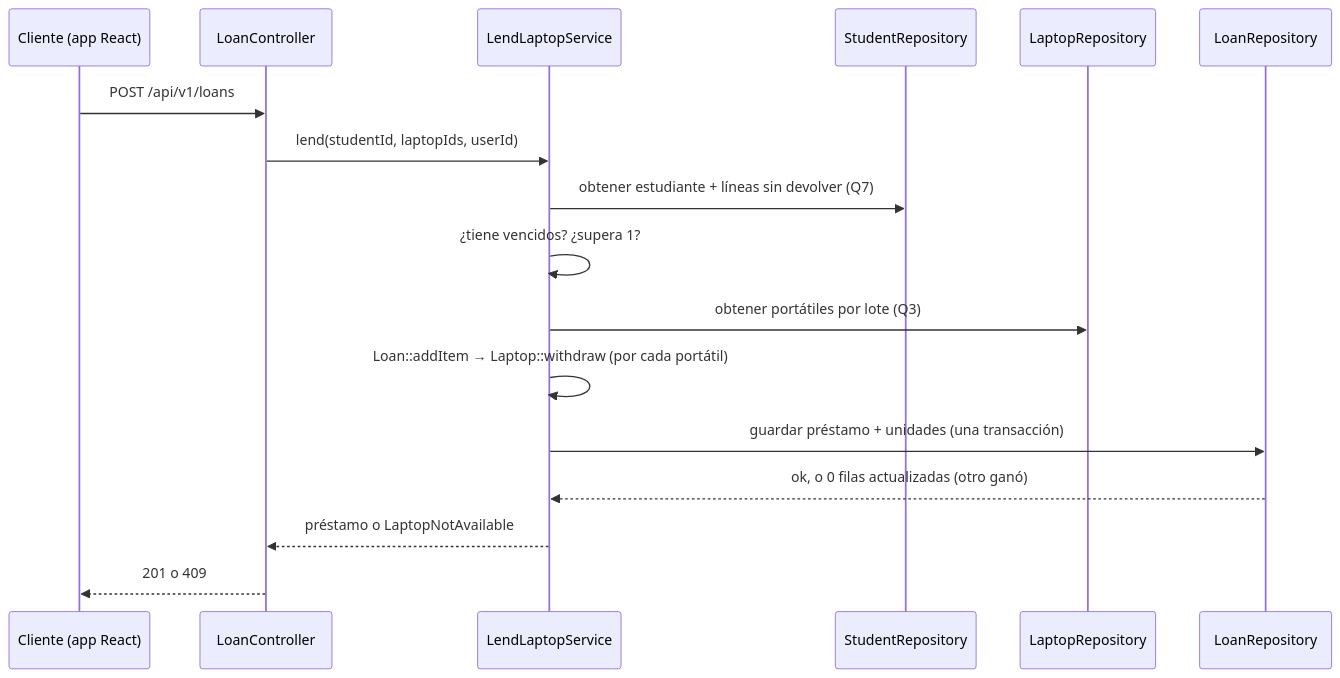
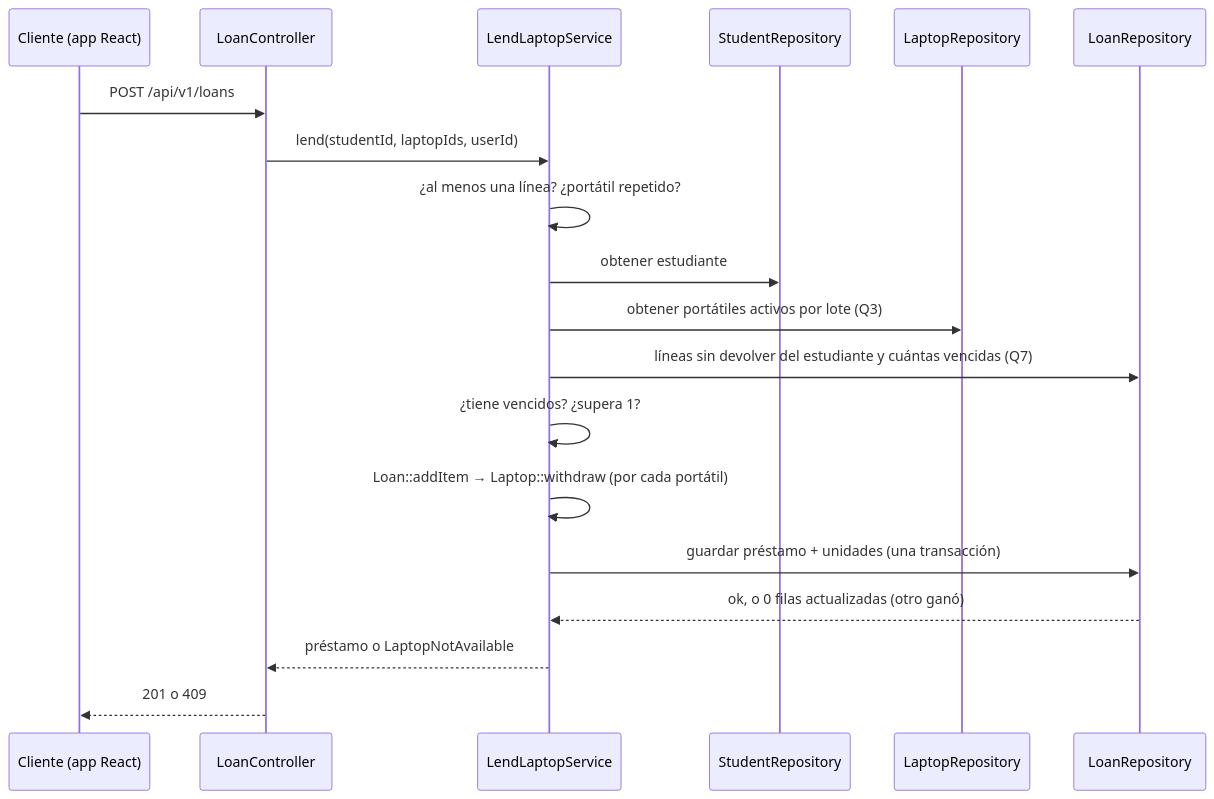
The second of 2 diagrams in 03-execute/30-week/plan-mejoramiento/docs/architecture.md (romanlabs/ADSO-3239137), drawn with Mermaid before and after one commit. The commit also changed other lines of this file, not shown here.

Commit message:
docs(architecture): flujo de prestamo en orden del contrato, devolucion atomica y fakes

````diff
--- a/03-execute/30-week/plan-mejoramiento/docs/architecture.md
+++ b/03-execute/30-week/plan-mejoramiento/docs/architecture.md
@@ -80,19 +80,21 @@
 ```mermaid
 sequenceDiagram
     participant C as Cliente (app React)
     participant H as LoanController
     participant S as LendLaptopService
     participant St as StudentRepository
     participant L as LaptopRepository
     participant R as LoanRepository
     C->>H: POST /api/v1/loans
     H->>S: lend(studentId, laptopIds, userId)
-    S->>St: obtener estudiante + líneas sin devolver (Q7)
+    S->>S: ¿al menos una línea? ¿portátil repetido?
+    S->>St: obtener estudiante
+    S->>L: obtener portátiles activos por lote (Q3)
+    S->>R: líneas sin devolver del estudiante y cuántas vencidas (Q7)
     S->>S: ¿tiene vencidos? ¿supera 1?
-    S->>L: obtener portátiles por lote (Q3)
     S->>S: Loan::addItem → Laptop::withdraw (por cada portátil)
     S->>R: guardar préstamo + unidades (una transacción)
     R-->>S: ok, o 0 filas actualizadas (otro ganó)
     S-->>H: préstamo o LaptopNotAvailable
     H-->>C: 201 o 409
 ```
````
